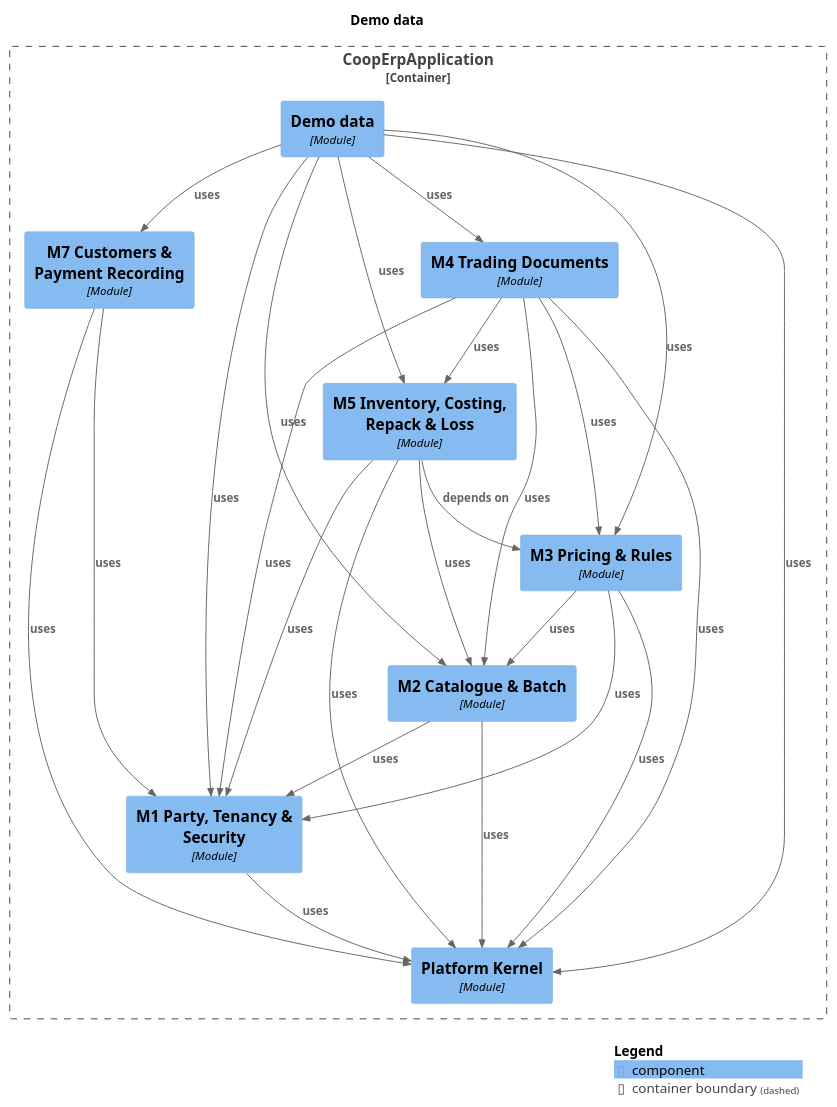
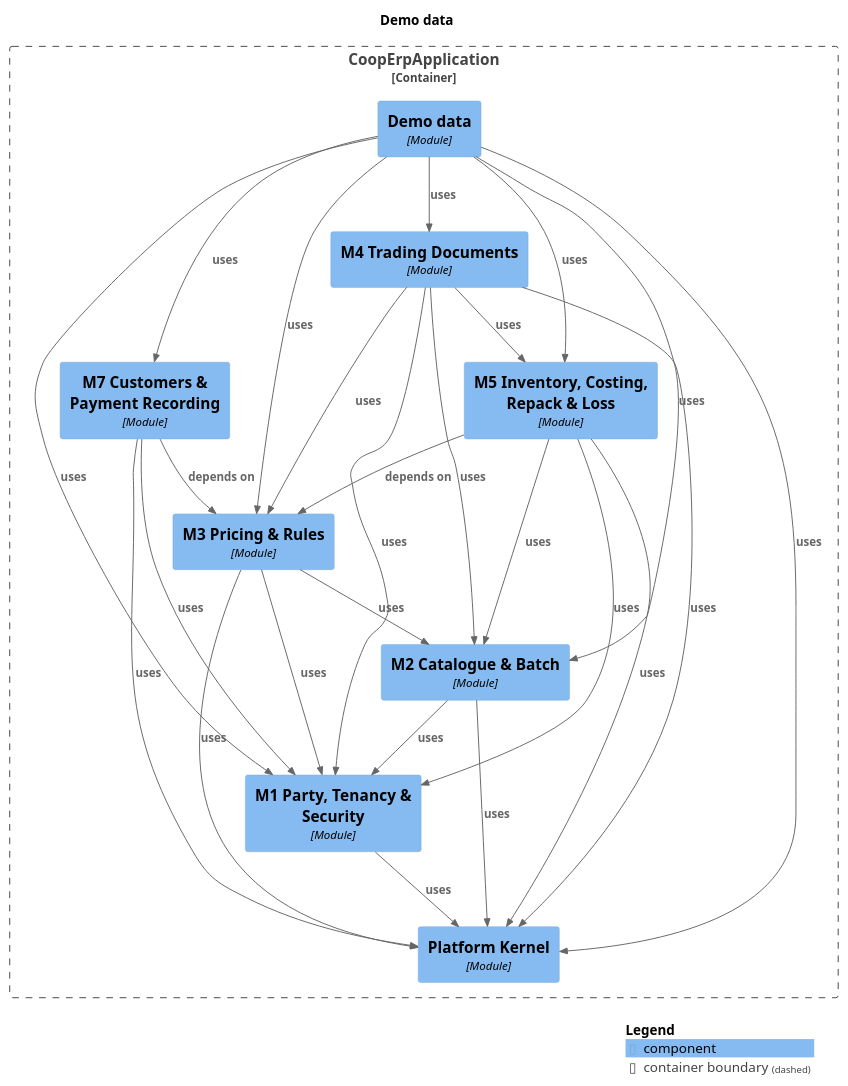
The diagram in docs/modules/module-demo.puml (Knoweb/COOP_ERP), drawn with PlantUML before and after one commit. The commit also changed 48 other files, not shown here.

```diff
--- a/docs/modules/module-demo.puml
+++ b/docs/modules/module-demo.puml
@@ -1,48 +1,49 @@
 @startuml
 set separator none
 title Demo data
 
 top to bottom direction
 
 !include <C4/C4>
 !include <C4/C4_Context>
 !include <C4/C4_Component>
 
 Container_Boundary("CoopErpApplication.CoopErpApplication_boundary", "CoopErpApplication", $tags="") {
+  Component(CoopErpApplication.CoopErpApplication.M5InventoryCostingRepackLoss, "M5 Inventory, Costing, Repack & Loss", $techn="Module", $descr="", $tags="", $link="")
   Component(CoopErpApplication.CoopErpApplication.M7CustomersPaymentRecording, "M7 Customers & Payment Recording", $techn="Module", $descr="", $tags="", $link="")
-  Component(CoopErpApplication.CoopErpApplication.M3PricingRules, "M3 Pricing & Rules", $techn="Module", $descr="", $tags="", $link="")
-  Component(CoopErpApplication.CoopErpApplication.M5InventoryCostingRepackLoss, "M5 Inventory, Costing, Repack & Loss", $techn="Module", $descr="", $tags="", $link="")
   Component(CoopErpApplication.CoopErpApplication.M4TradingDocuments, "M4 Trading Documents", $techn="Module", $descr="", $tags="", $link="")
   Component(CoopErpApplication.CoopErpApplication.Demodata, "Demo data", $techn="Module", $descr="", $tags="", $link="")
   Component(CoopErpApplication.CoopErpApplication.PlatformKernel, "Platform Kernel", $techn="Module", $descr="", $tags="", $link="")
   Component(CoopErpApplication.CoopErpApplication.M1PartyTenancySecurity, "M1 Party, Tenancy & Security", $techn="Module", $descr="", $tags="", $link="")
   Component(CoopErpApplication.CoopErpApplication.M2CatalogueBatch, "M2 Catalogue & Batch", $techn="Module", $descr="", $tags="", $link="")
+  Component(CoopErpApplication.CoopErpApplication.M3PricingRules, "M3 Pricing & Rules", $techn="Module", $descr="", $tags="", $link="")
 }
 
 Rel(CoopErpApplication.CoopErpApplication.Demodata, CoopErpApplication.CoopErpApplication.M1PartyTenancySecurity, "uses", $techn="", $tags="", $link="")
 Rel(CoopErpApplication.CoopErpApplication.Demodata, CoopErpApplication.CoopErpApplication.M2CatalogueBatch, "uses", $techn="", $tags="", $link="")
 Rel(CoopErpApplication.CoopErpApplication.Demodata, CoopErpApplication.CoopErpApplication.M3PricingRules, "uses", $techn="", $tags="", $link="")
 Rel(CoopErpApplication.CoopErpApplication.Demodata, CoopErpApplication.CoopErpApplication.M4TradingDocuments, "uses", $techn="", $tags="", $link="")
 Rel(CoopErpApplication.CoopErpApplication.Demodata, CoopErpApplication.CoopErpApplication.M5InventoryCostingRepackLoss, "uses", $techn="", $tags="", $link="")
 Rel(CoopErpApplication.CoopErpApplication.Demodata, CoopErpApplication.CoopErpApplication.M7CustomersPaymentRecording, "uses", $techn="", $tags="", $link="")
 Rel(CoopErpApplication.CoopErpApplication.Demodata, CoopErpApplication.CoopErpApplication.PlatformKernel, "uses", $techn="", $tags="", $link="")
 Rel(CoopErpApplication.CoopErpApplication.M1PartyTenancySecurity, CoopErpApplication.CoopErpApplication.PlatformKernel, "uses", $techn="", $tags="", $link="")
 Rel(CoopErpApplication.CoopErpApplication.M2CatalogueBatch, CoopErpApplication.CoopErpApplication.M1PartyTenancySecurity, "uses", $techn="", $tags="", $link="")
 Rel(CoopErpApplication.CoopErpApplication.M2CatalogueBatch, CoopErpApplication.CoopErpApplication.PlatformKernel, "uses", $techn="", $tags="", $link="")
 Rel(CoopErpApplication.CoopErpApplication.M3PricingRules, CoopErpApplication.CoopErpApplication.M1PartyTenancySecurity, "uses", $techn="", $tags="", $link="")
 Rel(CoopErpApplication.CoopErpApplication.M3PricingRules, CoopErpApplication.CoopErpApplication.M2CatalogueBatch, "uses", $techn="", $tags="", $link="")
 Rel(CoopErpApplication.CoopErpApplication.M3PricingRules, CoopErpApplication.CoopErpApplication.PlatformKernel, "uses", $techn="", $tags="", $link="")
 Rel(CoopErpApplication.CoopErpApplication.M4TradingDocuments, CoopErpApplication.CoopErpApplication.M1PartyTenancySecurity, "uses", $techn="", $tags="", $link="")
 Rel(CoopErpApplication.CoopErpApplication.M4TradingDocuments, CoopErpApplication.CoopErpApplication.M2CatalogueBatch, "uses", $techn="", $tags="", $link="")
 Rel(CoopErpApplication.CoopErpApplication.M4TradingDocuments, CoopErpApplication.CoopErpApplication.M3PricingRules, "uses", $techn="", $tags="", $link="")
 Rel(CoopErpApplication.CoopErpApplication.M4TradingDocuments, CoopErpApplication.CoopErpApplication.M5InventoryCostingRepackLoss, "uses", $techn="", $tags="", $link="")
 Rel(CoopErpApplication.CoopErpApplication.M4TradingDocuments, CoopErpApplication.CoopErpApplication.PlatformKernel, "uses", $techn="", $tags="", $link="")
 Rel(CoopErpApplication.CoopErpApplication.M5InventoryCostingRepackLoss, CoopErpApplication.CoopErpApplication.M1PartyTenancySecurity, "uses", $techn="", $tags="", $link="")
 Rel(CoopErpApplication.CoopErpApplication.M5InventoryCostingRepackLoss, CoopErpApplication.CoopErpApplication.M2CatalogueBatch, "uses", $techn="", $tags="", $link="")
 Rel(CoopErpApplication.CoopErpApplication.M5InventoryCostingRepackLoss, CoopErpApplication.CoopErpApplication.M3PricingRules, "depends on", $techn="", $tags="", $link="")
 Rel(CoopErpApplication.CoopErpApplication.M5InventoryCostingRepackLoss, CoopErpApplication.CoopErpApplication.PlatformKernel, "uses", $techn="", $tags="", $link="")
 Rel(CoopErpApplication.CoopErpApplication.M7CustomersPaymentRecording, CoopErpApplication.CoopErpApplication.M1PartyTenancySecurity, "uses", $techn="", $tags="", $link="")
+Rel(CoopErpApplication.CoopErpApplication.M7CustomersPaymentRecording, CoopErpApplication.CoopErpApplication.M3PricingRules, "depends on", $techn="", $tags="", $link="")
 Rel(CoopErpApplication.CoopErpApplication.M7CustomersPaymentRecording, CoopErpApplication.CoopErpApplication.PlatformKernel, "uses", $techn="", $tags="", $link="")
 
 SHOW_LEGEND(true)
 @enduml
```
